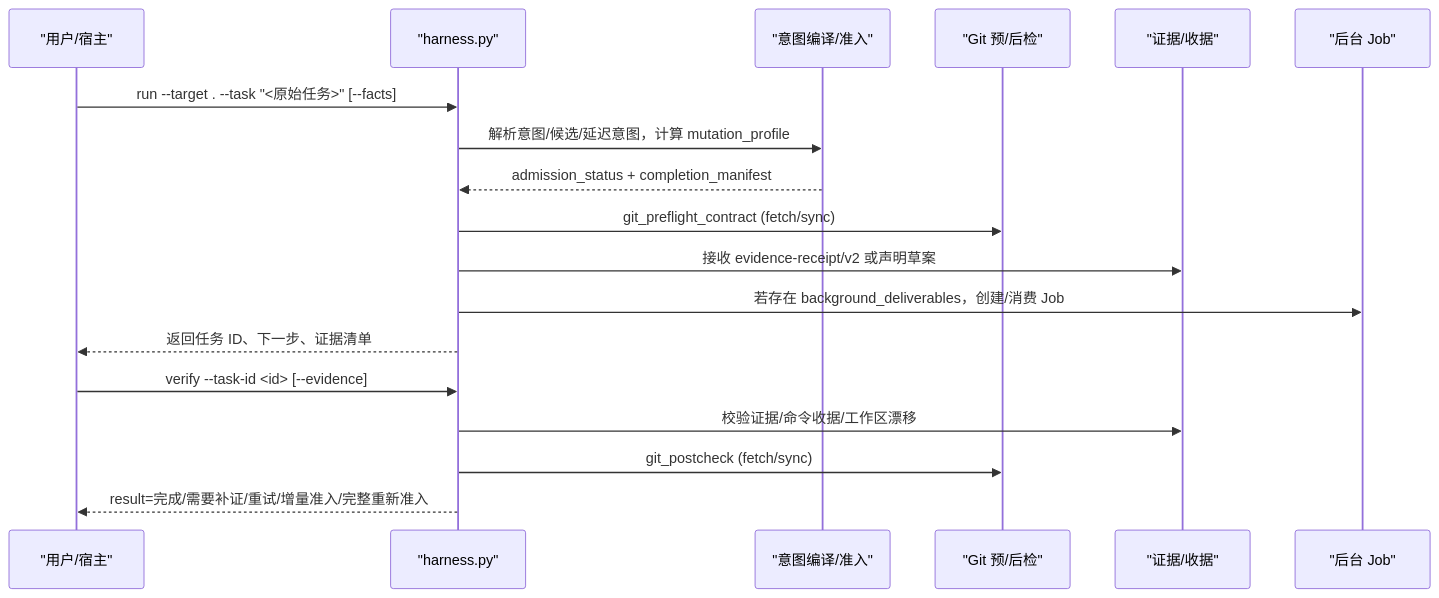
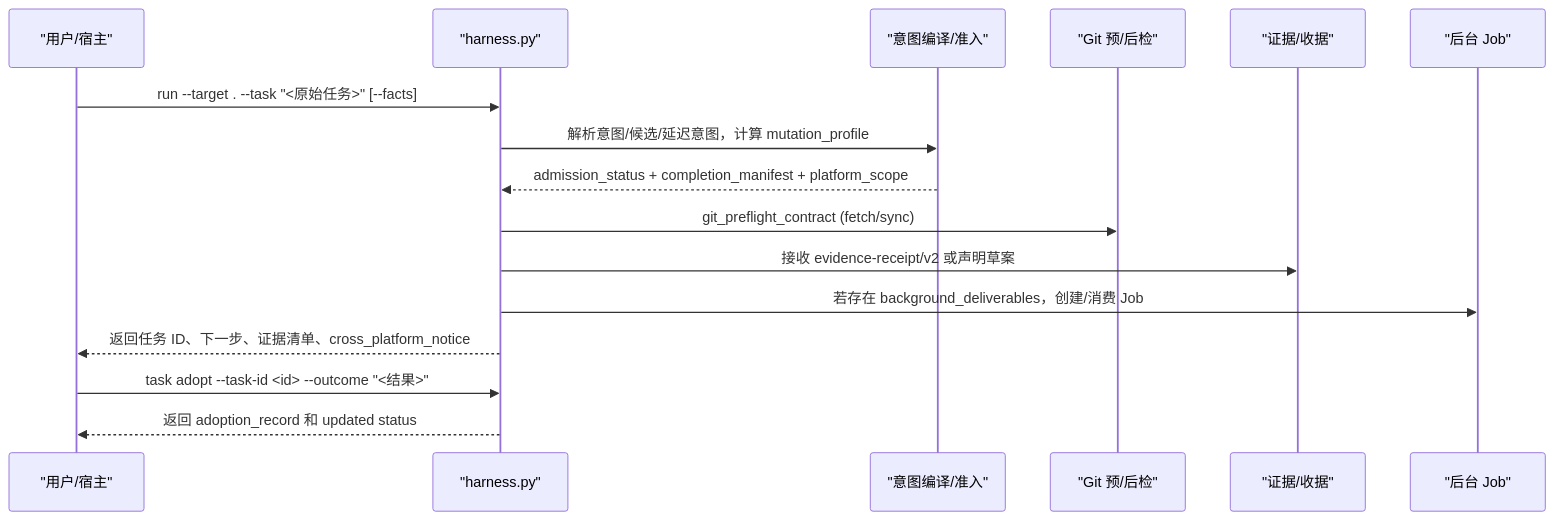
One commit to HackSing/docs-harness changed the second of 12 diagrams in .qoder/repowiki/zh/content/任务管理/任务管理.md. Above: the diagram before and after it, drawn with Mermaid. The commit also changed other lines of this file and 40 other files, not shown here.

````diff
--- a/.qoder/repowiki/zh/content/任务管理/任务管理.md
+++ b/.qoder/repowiki/zh/content/任务管理/任务管理.md
@@ -77,20 +90,18 @@
 ```mermaid
 sequenceDiagram
 participant U as "用户/宿主"
 participant CLI as "harness.py"
 participant COMP as "意图编译/准入"
 participant GIT as "Git 预/后检"
 participant EV as "证据/收据"
 participant BG as "后台 Job"
 U->>CLI : run --target . --task "<原始任务>" [--facts]
 CLI->>COMP : 解析意图/候选/延迟意图，计算 mutation_profile
-COMP-->>CLI : admission_status + completion_manifest
+COMP-->>CLI : admission_status + completion_manifest + platform_scope
 CLI->>GIT : git_preflight_contract (fetch/sync)
 CLI->>EV : 接收 evidence-receipt/v2 或声明草案
 CLI->>BG : 若存在 background_deliverables，创建/消费 Job
-CLI-->>U : 返回任务 ID、下一步、证据清单
-U->>CLI : verify --task-id <id> [--evidence]
-CLI->>EV : 校验证据/命令收据/工作区漂移
-CLI->>GIT : git_postcheck (fetch/sync)
-CLI-->>U : result=完成/需要补证/重试/增量准入/完整重新准入
+CLI-->>U : 返回任务 ID、下一步、证据清单、cross_platform_notice
+U->>CLI : task adopt --task-id <id> --outcome "<结果>"
+CLI-->>U : 返回 adoption_record 和 updated status
 ```
````
